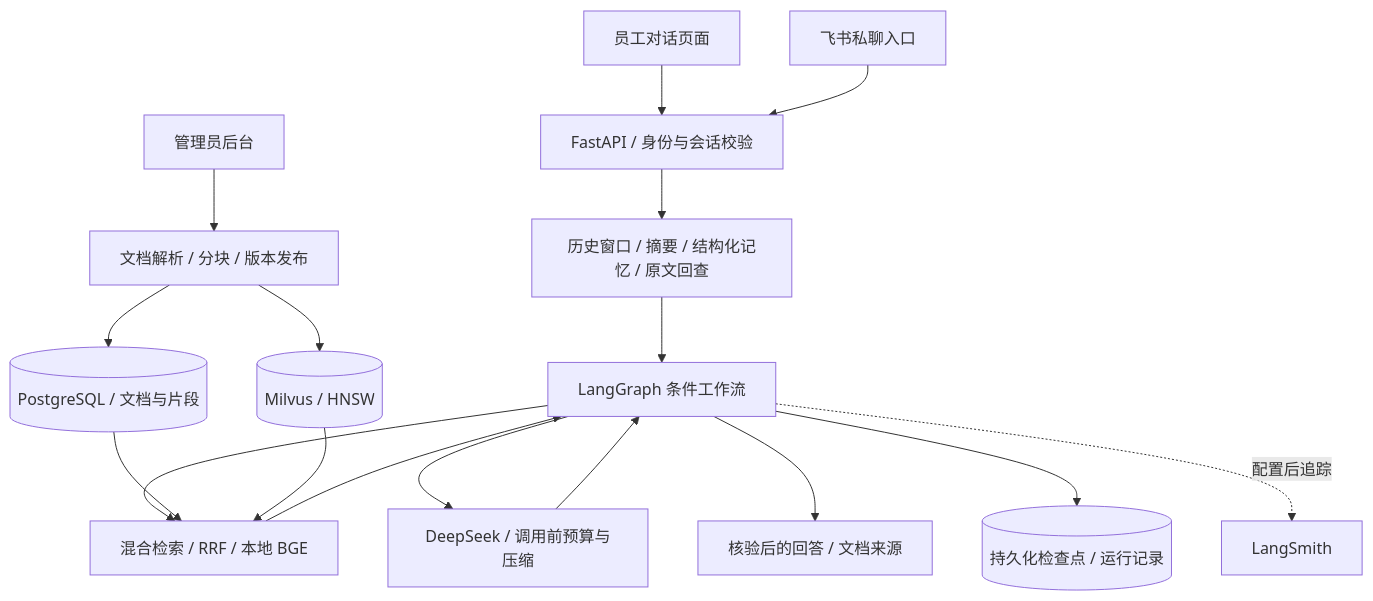
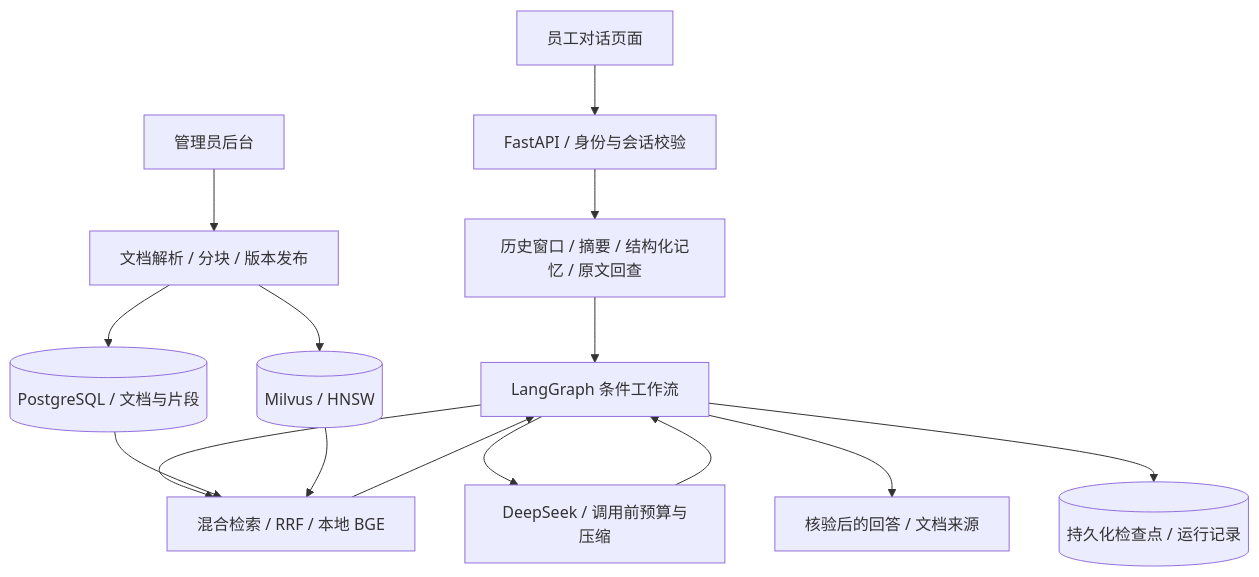
One commit to jamezhuang/zhixu-rag changed the first of 2 diagrams in README.md. Above: the diagram before and after it, drawn with Mermaid. The commit also changed other lines of this file and 1 other file, not shown here.

Commit message:
docs: move Feishu and LangSmith integrations to future roadmap

````diff
--- a/README.md
+++ b/README.md
@@ -61,19 +60,17 @@
 ```mermaid
 flowchart TD
     WEB[员工对话页面] --> API[FastAPI / 身份与会话校验]
-    FS[飞书私聊入口] --> API
     ADMIN[管理员后台] --> KB[文档解析 / 分块 / 版本发布]
     KB --> PG[(PostgreSQL / 文档与片段)]
     KB --> VEC[(Milvus / HNSW)]
     API --> CTX[历史窗口 / 摘要 / 结构化记忆 / 原文回查]
     CTX --> GRAPH[LangGraph 条件工作流]
     GRAPH --> RET[混合检索 / RRF / 本地 BGE]
     PG --> RET
     VEC --> RET
     RET --> GRAPH
     GRAPH --> MODEL[DeepSeek / 调用前预算与压缩]
     MODEL --> GRAPH
     GRAPH --> OUT[核验后的回答 / 文档来源]
     GRAPH --> SAVE[(持久化检查点 / 运行记录)]
-    GRAPH -. 配置后追踪 .-> TRACE[LangSmith]
 ```
````
